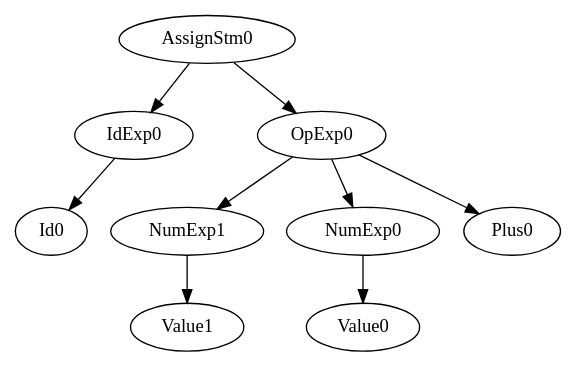
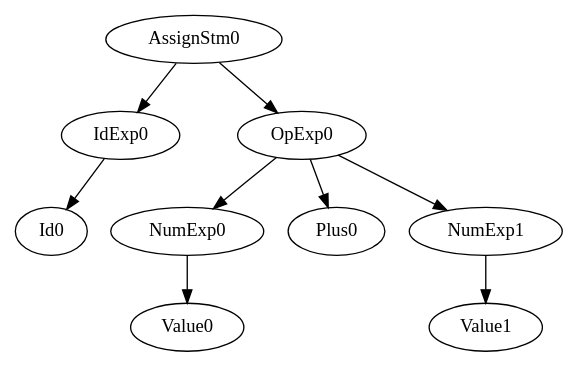
The diagram in homework1/example1.gv (team-compilers/compilers), drawn with Graphviz before and after one commit. The commit also changed 2 other files, not shown here.

Commit message:
Ordering of sibling nodes implemented

```diff
--- a/homework1/example1.gv
+++ b/homework1/example1.gv
@@ -1,10 +1,11 @@
 digraph {
+	ordering = out;
 	NumExp1 -> Value1: 3;
-	NumExp0 -> Value0: 5;
 	AssignStm0 -> IdExp0;
 	AssignStm0 -> OpExp0;
+	NumExp0 -> Value0: 5;
+	IdExp0 -> Id0: a;
 	OpExp0 -> NumExp0;
 	OpExp0 -> Plus0;
 	OpExp0 -> NumExp1;
-	IdExp0 -> Id0: a;
 }
```
